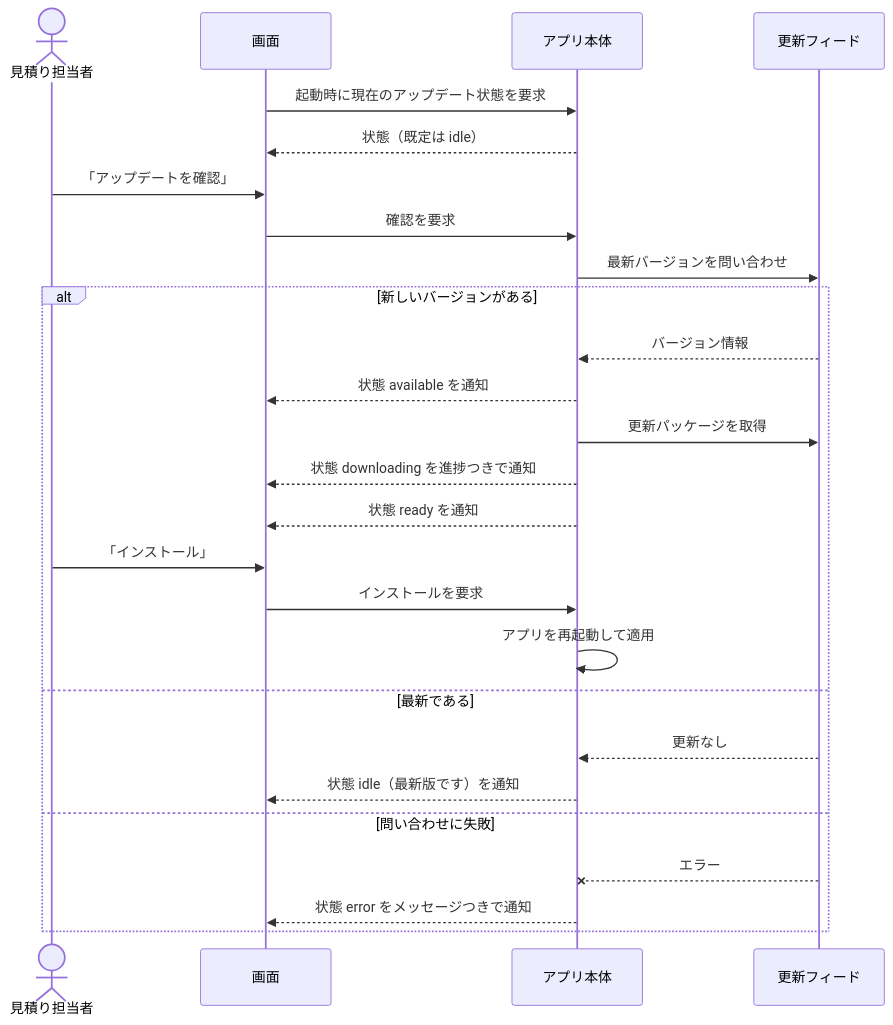
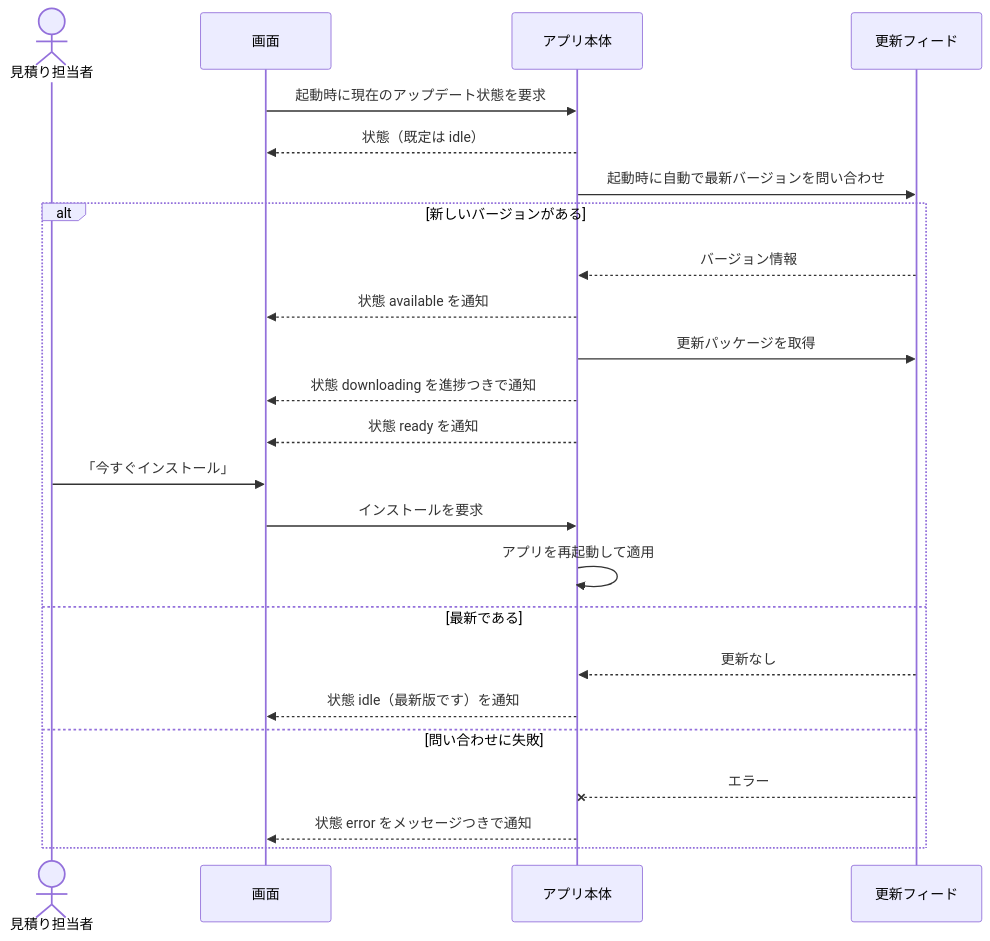
One commit to neko3cs/FP-Studio changed the fourth of 4 diagrams in docs/specification.md. Above: the diagram before and after it, drawn with Mermaid. The commit also changed other lines of this file and 1 other file, not shown here.

````diff
--- a/docs/specification.md
+++ b/docs/specification.md
@@ -468,29 +478,27 @@
 ```mermaid
 sequenceDiagram
     actor U as 見積り担当者
     participant R as 画面
     participant M as アプリ本体
     participant S as 更新フィード
 
     R->>M: 起動時に現在のアップデート状態を要求
     M-->>R: 状態（既定は idle）
-    U->>R: 「アップデートを確認」
-    R->>M: 確認を要求
-    M->>S: 最新バージョンを問い合わせ
+    M->>S: 起動時に自動で最新バージョンを問い合わせ
     alt 新しいバージョンがある
         S-->>M: バージョン情報
         M-->>R: 状態 available を通知
         M->>S: 更新パッケージを取得
         M-->>R: 状態 downloading を進捗つきで通知
         M-->>R: 状態 ready を通知
-        U->>R: 「インストール」
+        U->>R: 「今すぐインストール」
         R->>M: インストールを要求
         M->>M: アプリを再起動して適用
     else 最新である
         S-->>M: 更新なし
         M-->>R: 状態 idle（最新版です）を通知
     else 問い合わせに失敗
         S--xM: エラー
         M-->>R: 状態 error をメッセージつきで通知
     end
 ```
````
